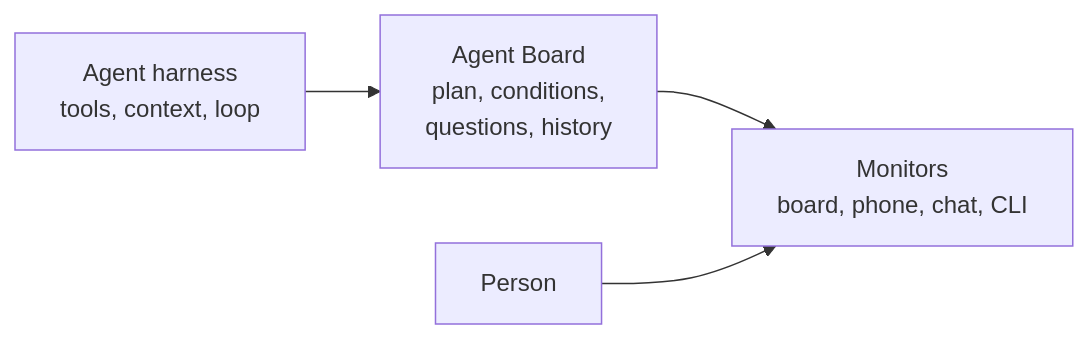
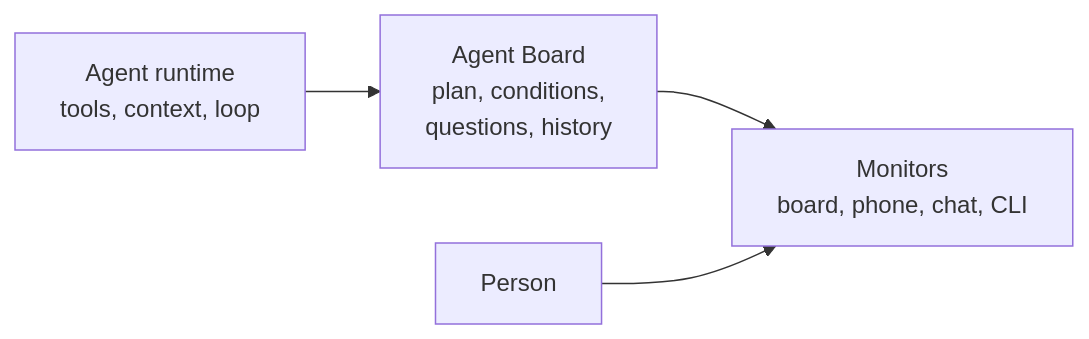
The first of 6 diagrams in docs/dev/concepts/overview.md (FooQoo/agent-board), drawn with Mermaid before and after one commit. The commit also changed other lines of this file and 7 other files, not shown here.

Commit message:
docs: call Agent Board a shared workspace instead of a work harness

````diff
--- a/docs/dev/concepts/overview.md
+++ b/docs/dev/concepts/overview.md
@@ -11,6 +11,6 @@
 ```mermaid
 flowchart LR
-    Agent["Agent harness<br/>tools, context, loop"] --> Work["Agent Board<br/>plan, conditions,<br/>questions, history"]
+    Agent["Agent runtime<br/>tools, context, loop"] --> Work["Agent Board<br/>plan, conditions,<br/>questions, history"]
     Work --> Monitors["Monitors<br/>board, phone, chat, CLI"]
     Person["Person"] --> Monitors
 ```
````
